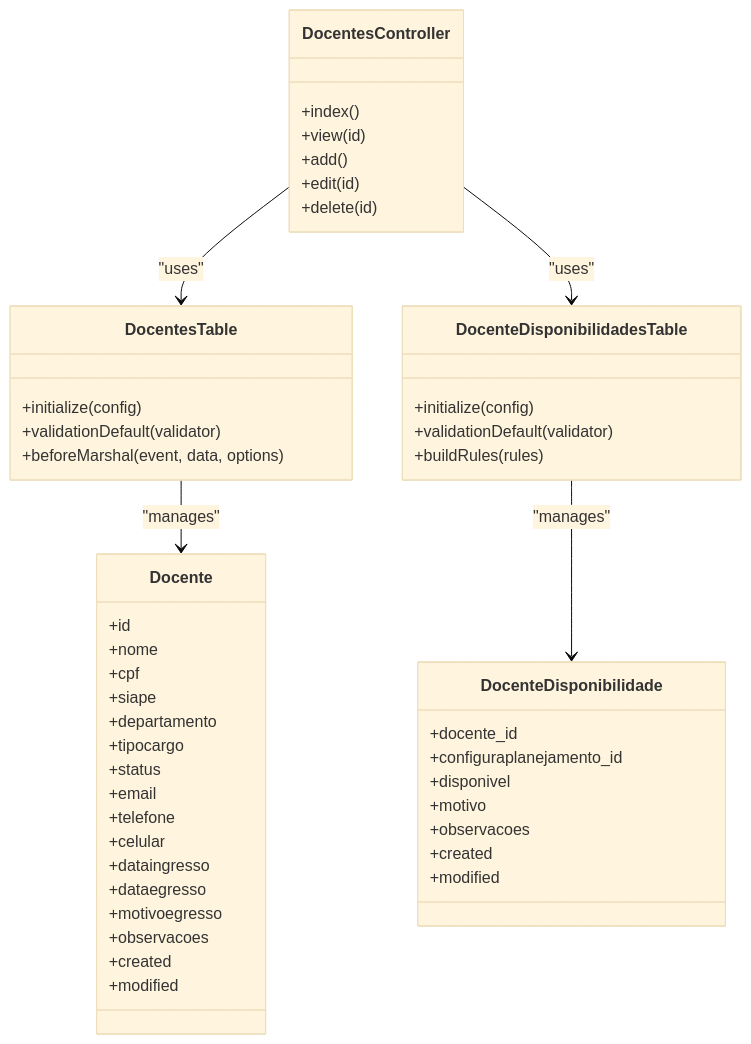
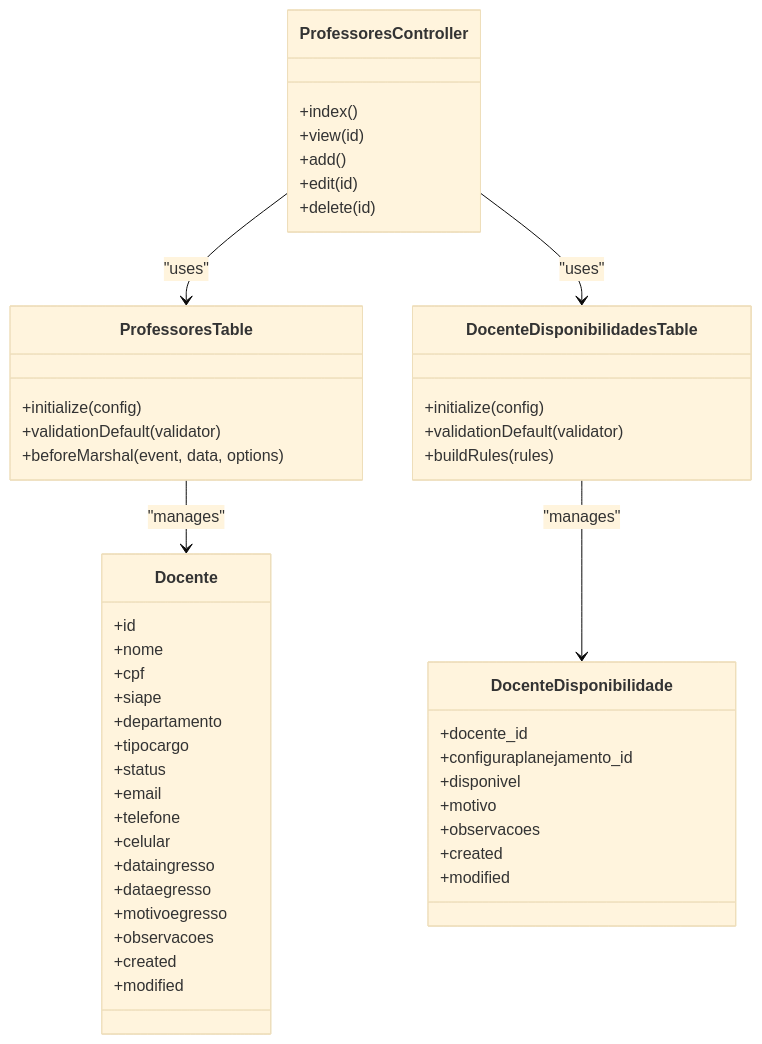
One commit to luiseduacosta/planejamento5 changed the sixth of 6 diagrams in .qoder/repowiki/en/content/Project Overview/Core Features Overview/Faculty Management/Faculty Profile Management.md. Above: the diagram before and after it, drawn with Mermaid (base theme). The commit also changed other lines of this file and 37 other files, not shown here.

Commit message:
repowiki: rename Docentes → Professores in metadata

````diff
--- a/.qoder/repowiki/en/content/Project Overview/Core Features Overview/Faculty Management/Faculty Profile Management.md
+++ b/.qoder/repowiki/en/content/Project Overview/Core Features Overview/Faculty Management/Faculty Profile Management.md
@@ -381,51 +381,51 @@
 ```mermaid
 classDiagram
-class DocentesController {
+class ProfessoresController {
 +index()
 +view(id)
 +add()
 +edit(id)
 +delete(id)
 }
-class DocentesTable {
+class ProfessoresTable {
 +initialize(config)
 +validationDefault(validator)
 +beforeMarshal(event, data, options)
 }
 class Docente {
 +id
 +nome
 +cpf
 +siape
 +departamento
 +tipocargo
 +status
 +email
 +telefone
 +celular
 +dataingresso
 +dataegresso
 +motivoegresso
 +observacoes
 +created
 +modified
 }
 class DocenteDisponibilidadesTable {
 +initialize(config)
 +validationDefault(validator)
 +buildRules(rules)
 }
 class DocenteDisponibilidade {
 +docente_id
 +configuraplanejamento_id
 +disponivel
 +motivo
 +observacoes
 +created
 +modified
 }
-DocentesController --> DocentesTable : "uses"
-DocentesController --> DocenteDisponibilidadesTable : "uses"
-DocentesTable --> Docente : "manages"
+ProfessoresController --> ProfessoresTable : "uses"
+ProfessoresController --> DocenteDisponibilidadesTable : "uses"
+ProfessoresTable --> Docente : "manages"
 DocenteDisponibilidadesTable --> DocenteDisponibilidade : "manages"
 ```
````
